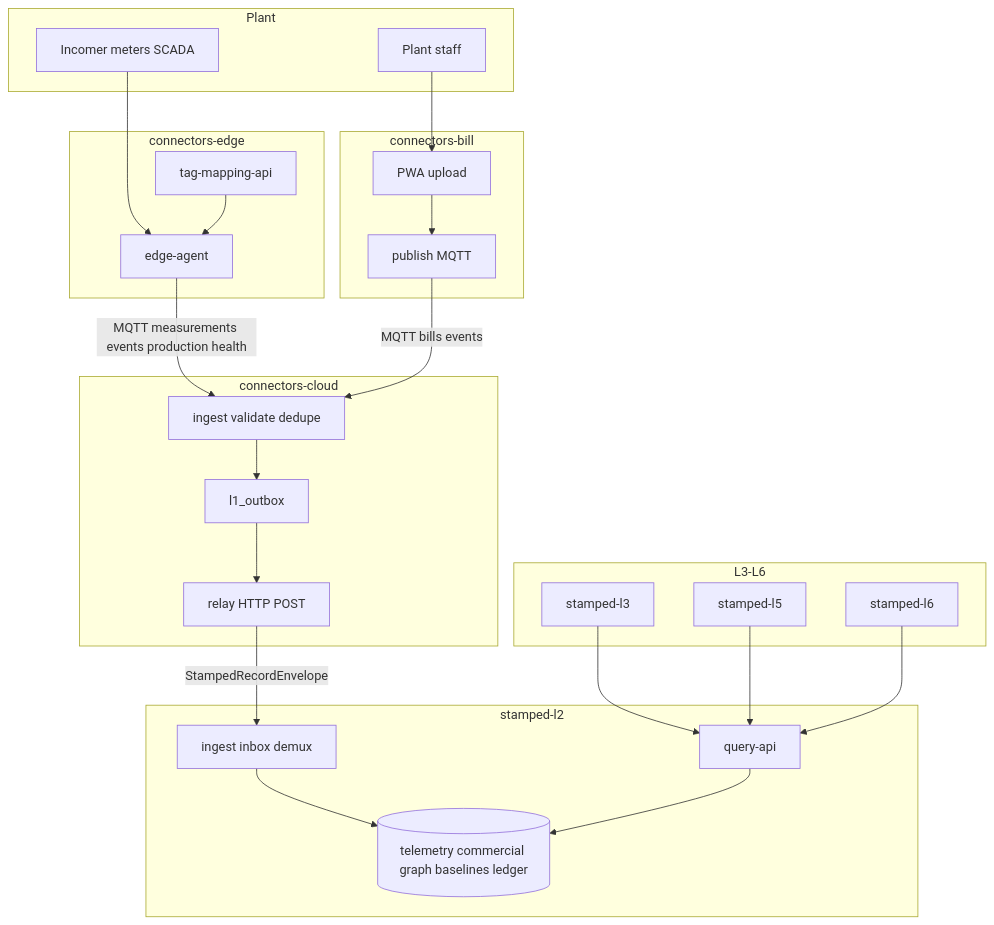
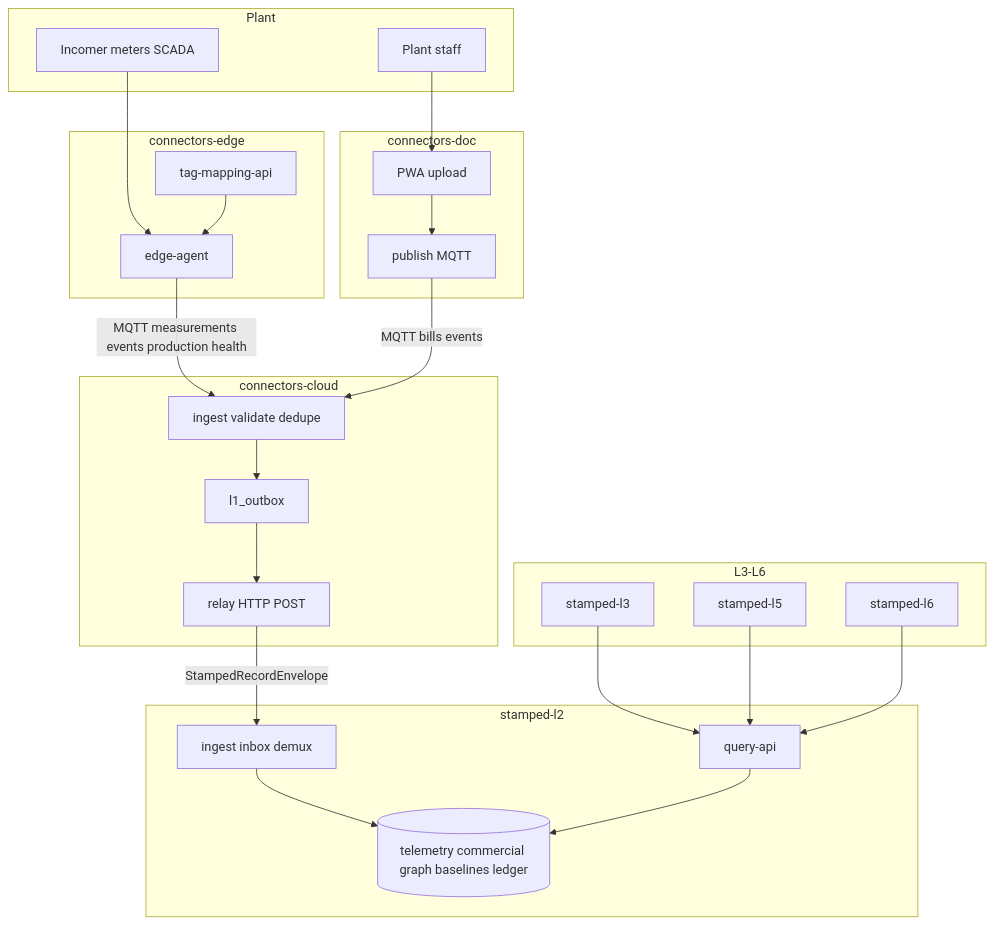
Before and after one commit to Stamped-Energy/stamped-external: the second of 3 diagrams in handoff/l2/ops/stamped-l2-ecosystem-integration.md, drawn with Mermaid. The commit also changed other lines of this file and 36 other files, not shown here.

Commit message:
docs(l1): connectors-doc across architecture and handoff

````diff
--- a/handoff/l2/ops/stamped-l2-ecosystem-integration.md
+++ b/handoff/l2/ops/stamped-l2-ecosystem-integration.md
@@ -58,49 +58,49 @@
 ```mermaid
 flowchart TB
   subgraph plant [Plant]
     Meters[Incomer meters SCADA]
     Staff[Plant staff]
   end
 
   subgraph L1edge [connectors-edge]
     EA[edge-agent]
     TMA[tag-mapping-api]
   end
 
-  subgraph L1bill [connectors-bill]
+  subgraph L1bill [connectors-doc]
     Web[PWA upload]
     Pub[publish MQTT]
   end
 
   subgraph L1cloud [connectors-cloud]
     Ing[ingest validate dedupe]
     Out[l1_outbox]
     Relay[relay HTTP POST]
   end
 
   subgraph L2repo [stamped-l2]
     L2Ing[ingest inbox demux]
     TS[(telemetry commercial graph baselines ledger)]
     QAPI[query-api]
   end
 
   subgraph downstream [L3-L6]
     L3[stamped-l3]
     L5[stamped-l5]
     L6[stamped-l6]
   end
 
   Meters --> EA
   Staff --> Web
   TMA --> EA
   EA -->|MQTT measurements events production health| Ing
   Web --> Pub
   Pub -->|MQTT bills events| Ing
   Ing --> Out --> Relay
   Relay -->|StampedRecordEnvelope| L2Ing
   L2Ing --> TS
   QAPI --> TS
   L3 --> QAPI
   L5 --> QAPI
   L6 --> QAPI
 ```
````
